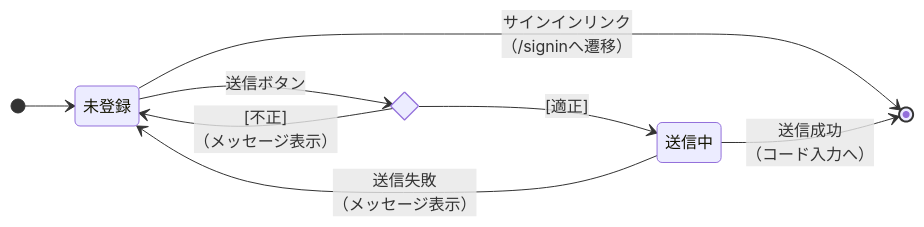
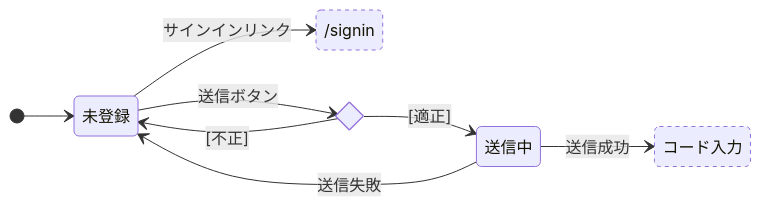
The fourth of 10 diagrams in docs/screen-state.md (yukiyamasaki6/aims), drawn with Mermaid before and after one commit. The commit also changed other lines of this file, not shown here.

First line of the commit message:
docs: screen-state.mdの状態遷移図の表記を整理する (#355)

````diff
--- a/docs/screen-state.md
+++ b/docs/screen-state.md
@@ -83,15 +94,21 @@
 ```mermaid
 stateDiagram-v2
     direction LR
+    state "/signin" as SignIn
+    state "コード入力" as CodeStep
+
     [*] --> 未登録
 
     state c1 <<choice>>
     未登録 --> c1: 送信ボタン
     c1 --> 送信中: [適正]
-    c1 --> 未登録: [不正]<br/>（メッセージ表示）
+    c1 --> 未登録: [不正]
 
-    未登録 --> [*]: サインインリンク<br/>（/signinへ遷移）
+    未登録 --> SignIn: サインインリンク
 
-    送信中 --> 未登録: 送信失敗<br/>（メッセージ表示）
-    送信中 --> [*]: 送信成功<br/>（コード入力へ）
+    送信中 --> 未登録: 送信失敗
+    送信中 --> CodeStep: 送信成功
+
+    classDef external stroke-dasharray: 4 4
+    class SignIn,CodeStep external
 ```
````
